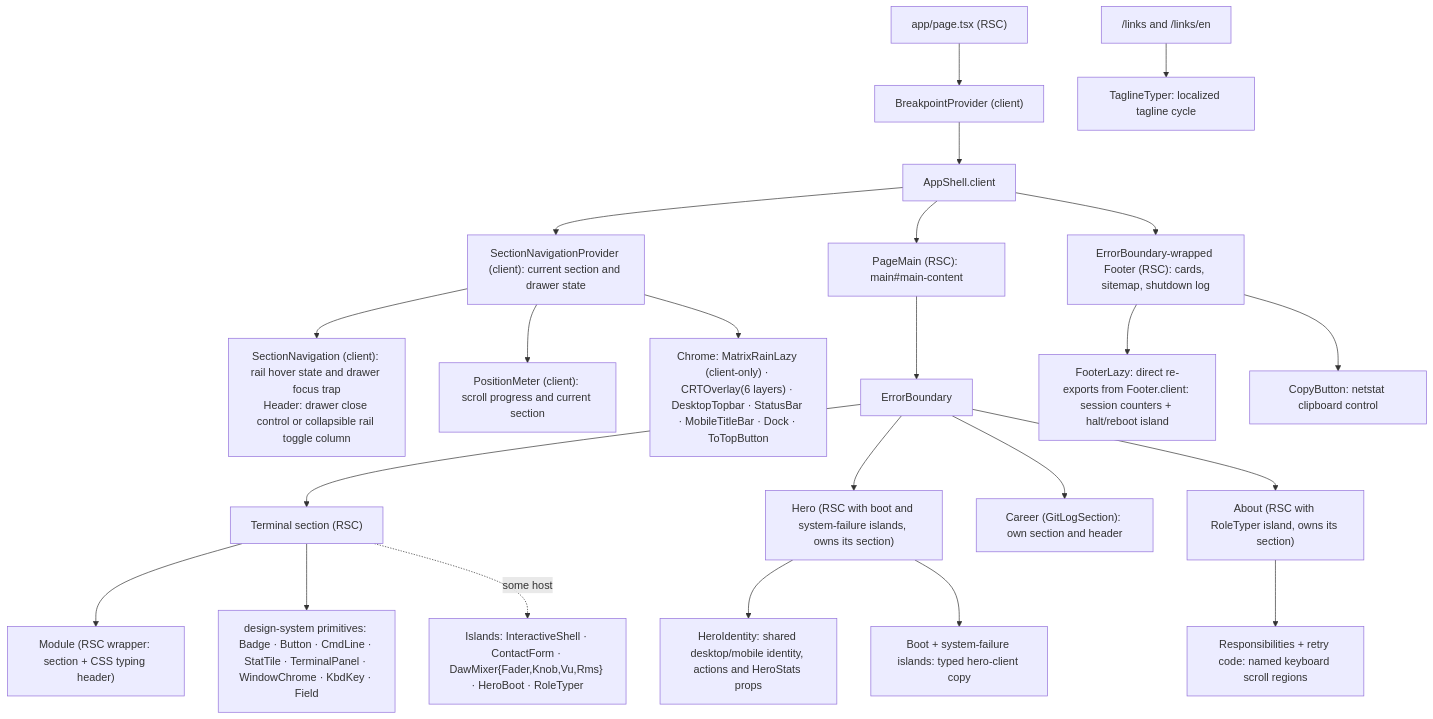
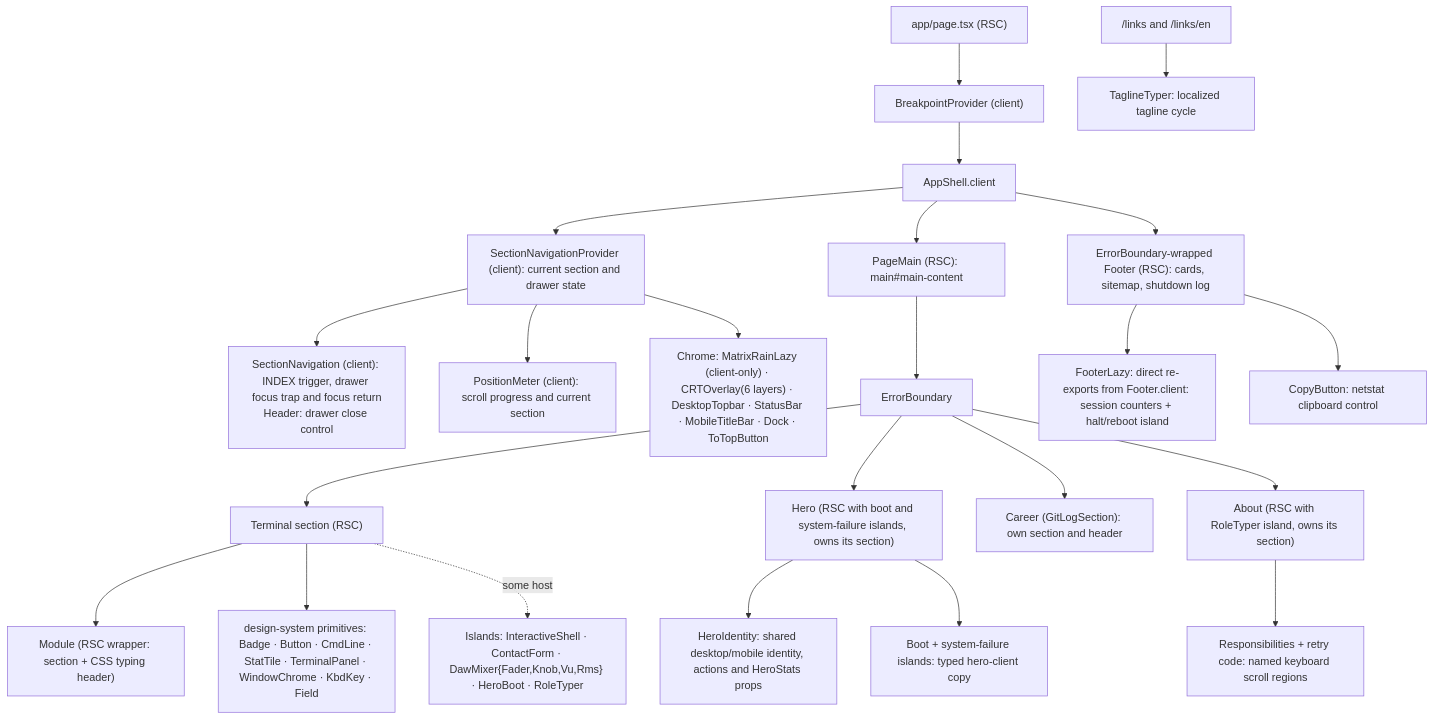
One commit to erikunha/portfolio changed the first of 2 diagrams in docs/04-components-and-state.md. Above: the diagram before and after it, drawn with Mermaid. The commit also changed other lines of this file and 56 other files, not shown here.

First line of the commit message:
feat(nav): r106 topbar, index drawer and one nav vocabulary (#307)

````diff
--- a/docs/04-components-and-state.md
+++ b/docs/04-components-and-state.md
@@ -26,25 +26,25 @@
 ```mermaid
 flowchart TD
     page["app/page.tsx (RSC)"] --> bp["BreakpointProvider (client)"]
     bp --> shell["AppShell.client"]
     shell --> navigation["SectionNavigationProvider (client): current section and drawer state"]
-    navigation --> rail["SectionNavigation (client): rail hover state and drawer focus trap<br/>Header: drawer close control or collapsible rail toggle column"]
+    navigation --> rail["SectionNavigation (client): INDEX trigger, drawer focus trap and focus return<br/>Header: drawer close control"]
     navigation --> position["PositionMeter (client): scroll progress and current section"]
     navigation --> chrome["Chrome: MatrixRainLazy (client-only) · CRTOverlay(6 layers) · DesktopTopbar · StatusBar · MobileTitleBar · Dock · ToTopButton"]
     shell --> main["PageMain (RSC): main#main-content"]
     main --> eb["ErrorBoundary"]
     eb --> sec["Terminal section (RSC)"]
     sec --> mod["Module (RSC wrapper: section + CSS typing header)"]
     sec --> dsp["design-system primitives: Badge · Button · CmdLine · StatTile · TerminalPanel · WindowChrome · KbdKey · Field"]
     sec -. some host .-> isl["Islands: InteractiveShell · ContactForm · DawMixer{Fader,Knob,Vu,Rms} · HeroBoot · RoleTyper"]
     eb --> hero["Hero (RSC with boot and system-failure islands, owns its section)"]
     hero --> identity["HeroIdentity: shared desktop/mobile identity, actions and HeroStats props"]
     hero --> clientcopy["Boot + system-failure islands: typed hero-client copy"]
     eb --> career["Career (GitLogSection): own section and header"]
     eb --> about["About (RSC with RoleTyper island, owns its section)"]
     about --> scroll["Responsibilities + retry code: named keyboard scroll regions"]
     shell --> fl["ErrorBoundary-wrapped Footer (RSC): cards, sitemap, shutdown log"]
     fl --> fi["FooterLazy: direct re-exports from Footer.client: session counters + halt/reboot island"]
     fl --> fc["CopyButton: netstat clipboard control"]
     links["/links and /links/en"] --> tagline["TaglineTyper: localized tagline cycle"]
 ```
````
